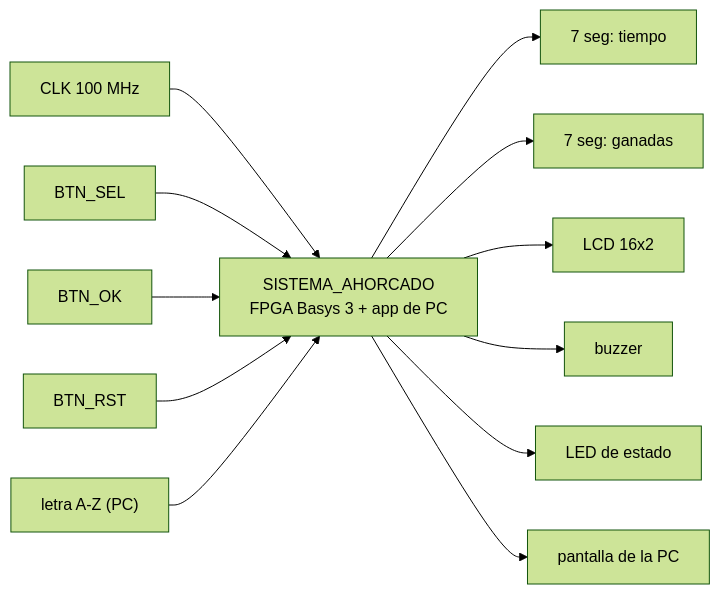
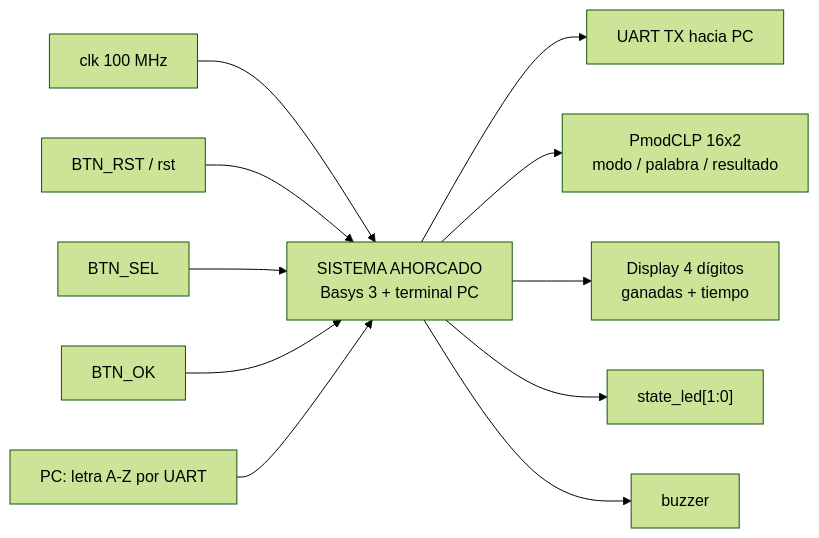
The first of 8 diagrams in docs/informe/informe.md (Taller-de-diseno-digital-GR01/Proyecto-2-Ahorcado), drawn with Mermaid (forest theme) before and after one commit. The commit also changed other lines of this file and 22 other files, not shown here.

````diff
--- a/docs/informe/informe.md
+++ b/docs/informe/informe.md
@@ -266,15 +269,16 @@
 ```mermaid
 flowchart LR
-    CLK[CLK 100 MHz] --> SIS
-    SEL[BTN_SEL] --> SIS
-    OK[BTN_OK] --> SIS
-    RST[BTN_RST] --> SIS
-    PC_IN["letra A-Z (PC)"] --> SIS
-    SIS["SISTEMA_AHORCADO<br/>FPGA Basys 3 + app de PC"]
-    SIS --> T7["7 seg: tiempo"]
-    SIS --> G7["7 seg: ganadas"]
-    SIS --> LCD["LCD 16x2"]
-    SIS --> BZ[buzzer]
-    SIS --> LED[LED de estado]
-    SIS --> PC_OUT["pantalla de la PC"]
+    CLK["clk 100 MHz"] --> SYS
+    RST["BTN_RST / rst"] --> SYS
+    SEL["BTN_SEL"] --> SYS
+    OK["BTN_OK"] --> SYS
+    PCIN["PC: letra A-Z por UART"] --> SYS
+
+    SYS["SISTEMA AHORCADO<br/>Basys 3 + terminal PC"]
+
+    SYS --> UARTOUT["UART TX hacia PC"]
+    SYS --> LCD["PmodCLP 16x2<br/>modo / palabra / resultado"]
+    SYS --> DISP["Display 4 dígitos<br/>ganadas + tiempo"]
+    SYS --> LED["state_led[1:0]"]
+    SYS --> BUZ["buzzer"]
 ```
````
